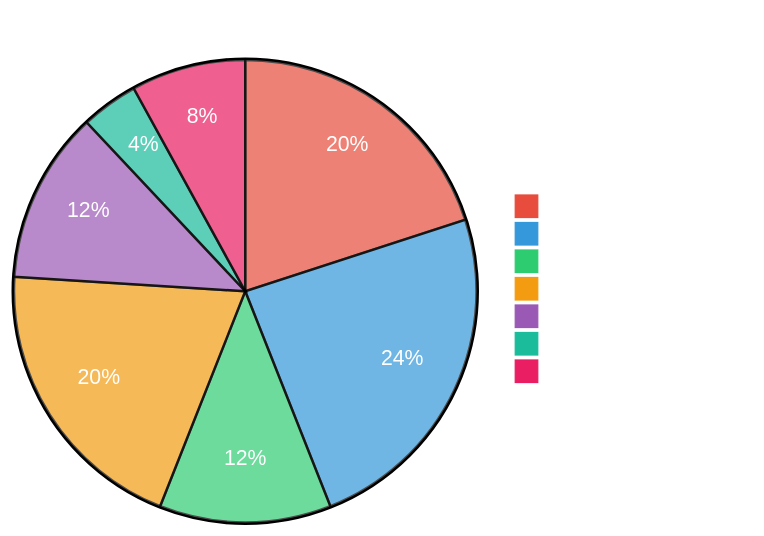
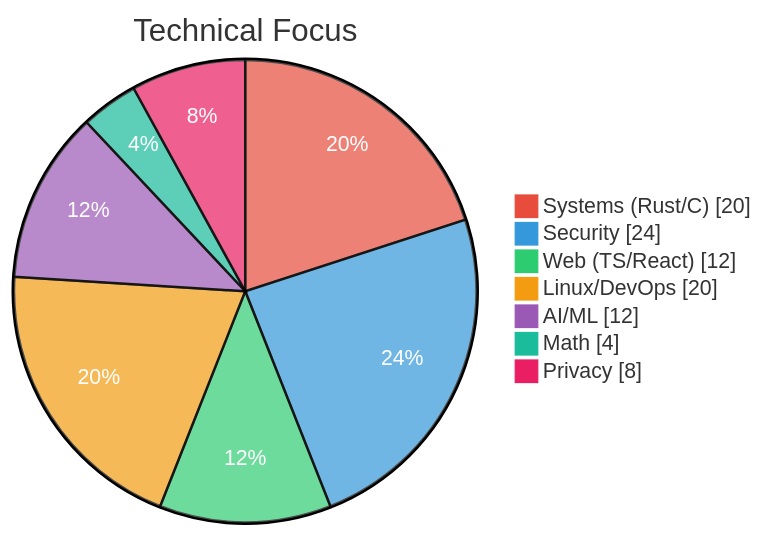
One commit to johnzfitch/johnzfitch changed the diagram in README.md. Above: the diagram before and after it, drawn with Mermaid.

Commit message:
Fix pie chart: keep slice text white, let title/legend auto-theme

````diff
--- a/README.md
+++ b/README.md
@@ -31,12 +31,12 @@
 ```mermaid
-%%{init: {'theme':'base', 'themeVariables': {'pie1': '#e74c3c', 'pie2': '#3498db', 'pie3': '#2ecc71', 'pie4': '#f39c12', 'pie5': '#9b59b6', 'pie6': '#1abc9c', 'pie7': '#e91e63', 'pieSectionTextColor': '#ffffff', 'pieLegendTextColor': '#ffffff', 'pieTitleTextColor': '#ffffff'}}}%%
+%%{init: {'theme':'base', 'themeVariables': {'pie1': '#e74c3c', 'pie2': '#3498db', 'pie3': '#2ecc71', 'pie4': '#f39c12', 'pie5': '#9b59b6', 'pie6': '#1abc9c', 'pie7': '#e91e63', 'pieSectionTextColor': '#ffffff'}}}%%
 pie showData
     title Technical Focus
     "Systems (Rust/C)" : 20
     "Security" : 24
     "Web (TS/React)" : 12
     "Linux/DevOps" : 20
     "AI/ML" : 12
     "Math" : 4
     "Privacy" : 8
 ```
````
